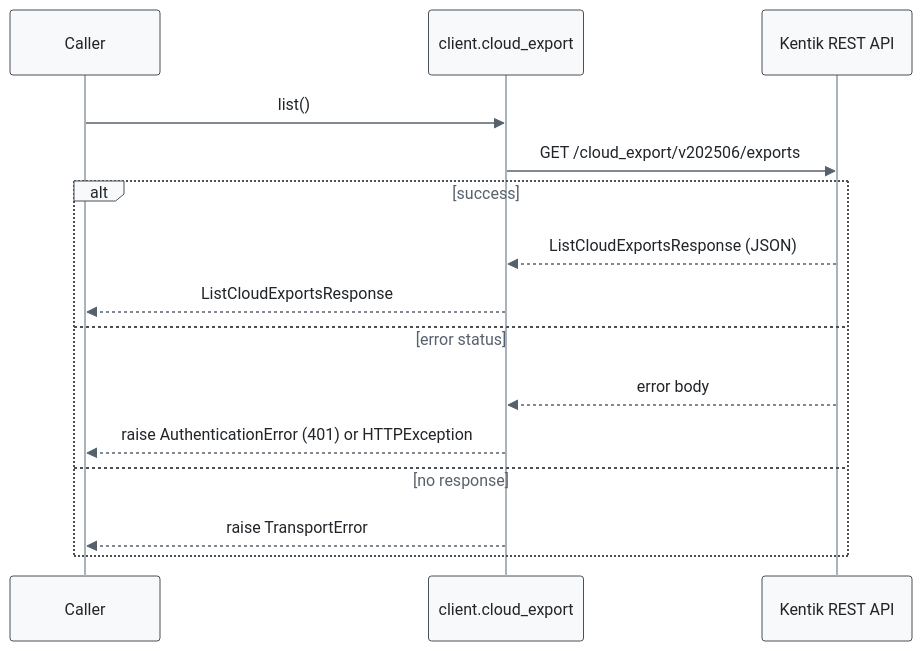
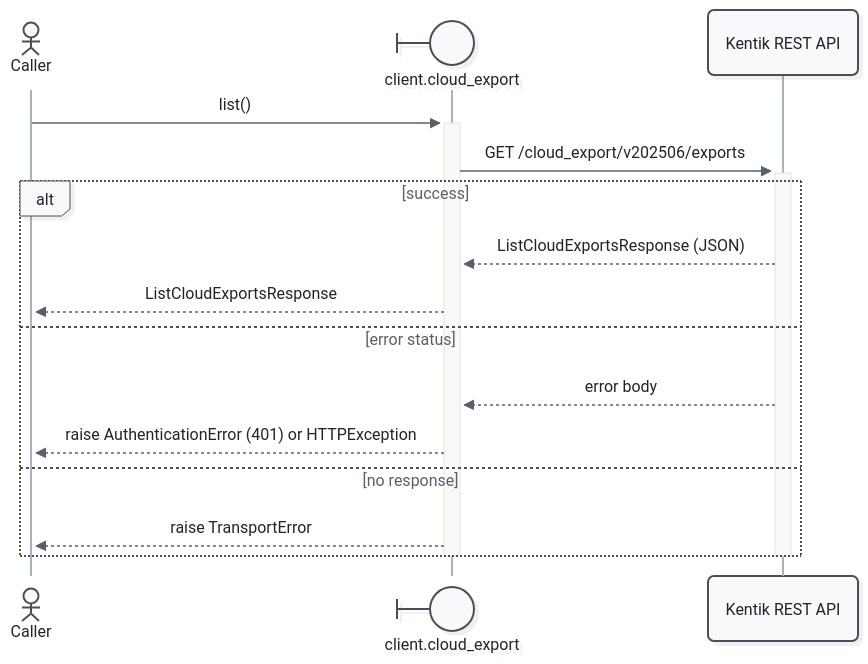
Before and after one commit to alexdearaujo/community_sdk_python: the first of 11 diagrams in docs/sphinx/services/cloud_export.md, drawn with Mermaid. The commit also changed other lines of this file and 52 other files, not shown here.

First line of the commit message:
docs: Mermaid 12 sequence diagrams with participant types and path colors

````diff
--- a/docs/sphinx/services/cloud_export.md
+++ b/docs/sphinx/services/cloud_export.md
@@ -33,19 +33,21 @@
 ```mermaid
-%%{init: {"theme": "base", "fontFamily": "ui-monospace, SFMono-Regular, Menlo, monospace", "themeVariables": {"fontFamily": "ui-monospace, SFMono-Regular, Menlo, monospace", "primaryColor": "#f8f9fa", "primaryBorderColor": "#495057", "primaryTextColor": "#212529", "textColor": "#212529", "lineColor": "#77818c", "edgeLabelBackground": "#ffffff", "actorBkg": "#f8f9fa", "actorBorder": "#495057", "actorTextColor": "#212529", "actorLineColor": "#a9b3be", "signalColor": "#57616d", "signalTextColor": "#212529", "labelBoxBkgColor": "#f8f9fa", "labelBoxBorderColor": "#495057", "labelTextColor": "#212529", "loopTextColor": "#57616d", "noteBkgColor": "#fff9db", "noteBorderColor": "#f08c00", "noteTextColor": "#a35a00"}, "flowchart": {"curve": "step", "nodeSpacing": 30, "rankSpacing": 70, "wrappingWidth": 400}}}%%
+%%{init: {"theme": "redux", "look": "neo", "layout": "dagre", "fontFamily": "ui-monospace, SFMono-Regular, Menlo, monospace", "themeVariables": {"fontFamily": "ui-monospace, SFMono-Regular, Menlo, monospace", "primaryColor": "#f8f9fa", "primaryBorderColor": "#495057", "primaryTextColor": "#212529", "textColor": "#212529", "lineColor": "#77818c", "edgeLabelBackground": "#ffffff", "actorBkg": "#f8f9fa", "actorBorder": "#495057", "actorTextColor": "#212529", "actorLineColor": "#a9b3be", "signalColor": "#57616d", "signalTextColor": "#212529", "labelBoxBkgColor": "#f8f9fa", "labelBoxBorderColor": "#495057", "labelTextColor": "#212529", "loopTextColor": "#57616d", "noteBkgColor": "#fff9db", "noteBorderColor": "#f08c00", "noteTextColor": "#a35a00"}, "sequence": {"activationWidth": 16}, "flowchart": {"curve": "step", "nodeSpacing": 30, "rankSpacing": 70, "wrappingWidth": 400}}}%%
 sequenceDiagram
-    participant C as Caller
-    participant W as client.cloud_export
+    actor C as Caller
+    participant W@{ "type": "boundary" } as client.cloud_export
     participant API as Kentik REST API
 
-    C->>W: list()
-    W->>API: GET /cloud_export/v202506/exports
+    C->>+W: list()
+    W->>+API: GET /cloud_export/v202506/exports
     alt success
         API-->>W: ListCloudExportsResponse (JSON)
         W-->>C: ListCloudExportsResponse
     else error status
         API-->>W: error body
         W-->>C: raise AuthenticationError (401) or HTTPException
     else no response
         W-->>C: raise TransportError
     end
+    deactivate API
+    deactivate W
 ```
````
